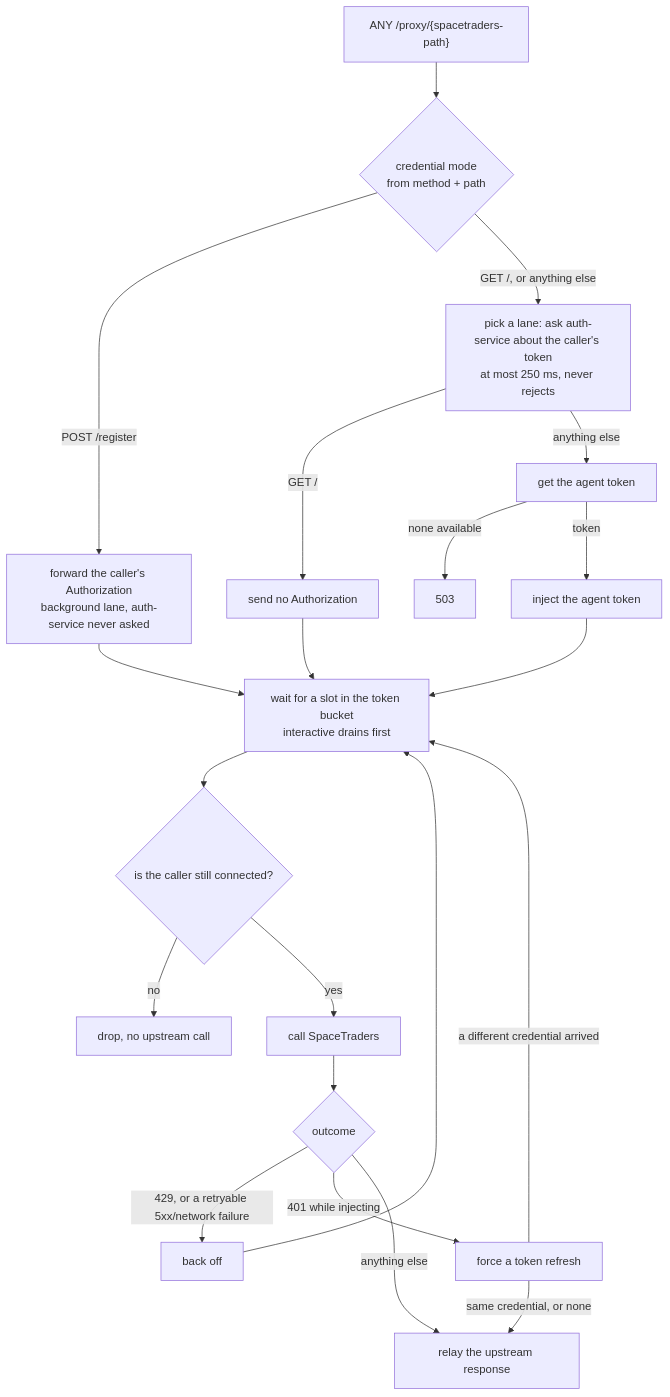
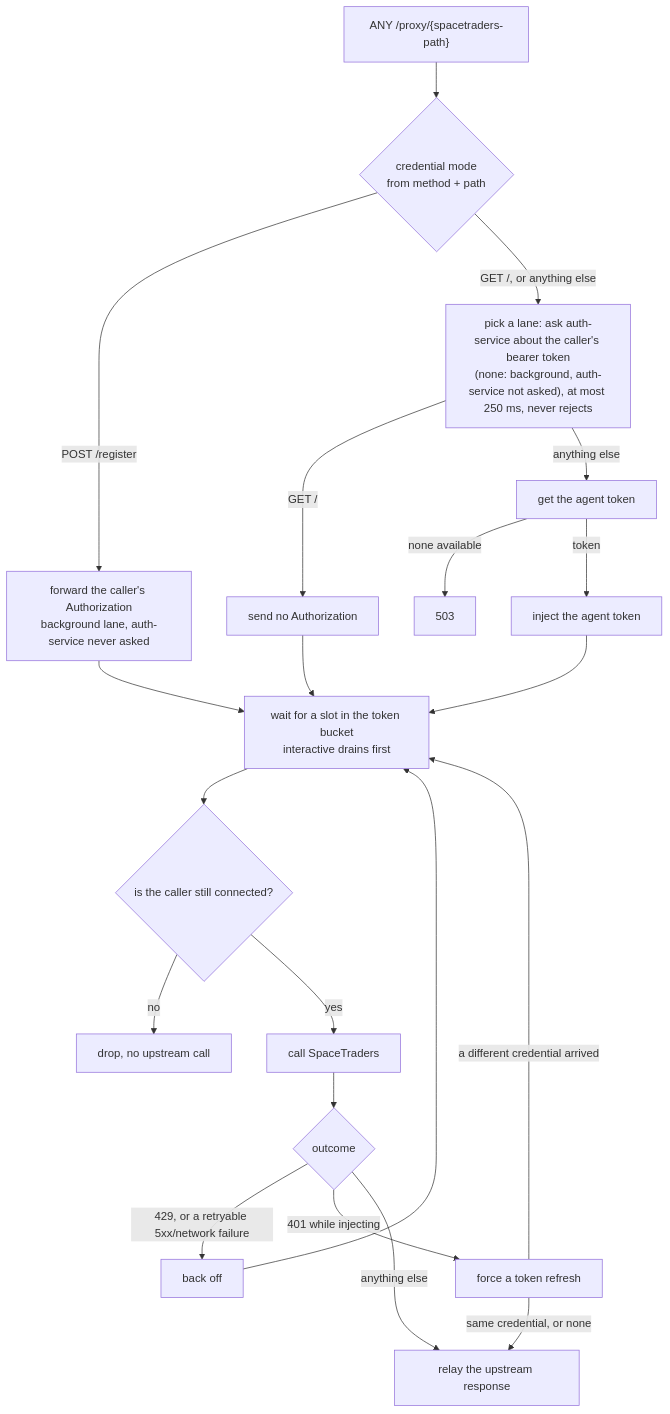
The second of 3 diagrams in README.md (V-M-Pioneer-Trading/st-gateway), drawn with Mermaid before and after one commit. The commit also changed 3 other files, not shown here.

````diff
--- a/README.md
+++ b/README.md
@@ -63,23 +63,23 @@
 ```mermaid
 flowchart TD
   A["ANY /proxy/{spacetraders-path}"] --> C{"credential mode<br/>from method + path"}
   C -- "POST /register" --> E["forward the caller's Authorization<br/>background lane, auth-service never asked"]
-  C -- "GET /, or anything else" --> B["pick a lane: ask auth-service about the caller's token<br/>at most 250 ms, never rejects"]
+  C -- "GET /, or anything else" --> B["pick a lane: ask auth-service about the caller's bearer token<br/>(none: background, auth-service not asked), at most 250 ms, never rejects"]
   B -- "GET /" --> D["send no Authorization"]
   B -- "anything else" --> F["get the agent token"]
   F -- "none available" --> G["503"]
   F -- "token" --> H["inject the agent token"]
   D --> Q
   E --> Q
   H --> Q["wait for a slot in the token bucket<br/>interactive drains first"]
   Q --> R{"is the caller still connected?"}
   R -- "no" --> S["drop, no upstream call"]
   R -- "yes" --> T["call SpaceTraders"]
   T --> U{"outcome"}
   U -- "429, or a retryable 5xx/network failure" --> V["back off"]
   U -- "401 while injecting" --> W["force a token refresh"]
   W -- "a different credential arrived" --> Q
   W -- "same credential, or none" --> X["relay the upstream response"]
   U -- "anything else" --> X
   V --> Q
 ```
````
